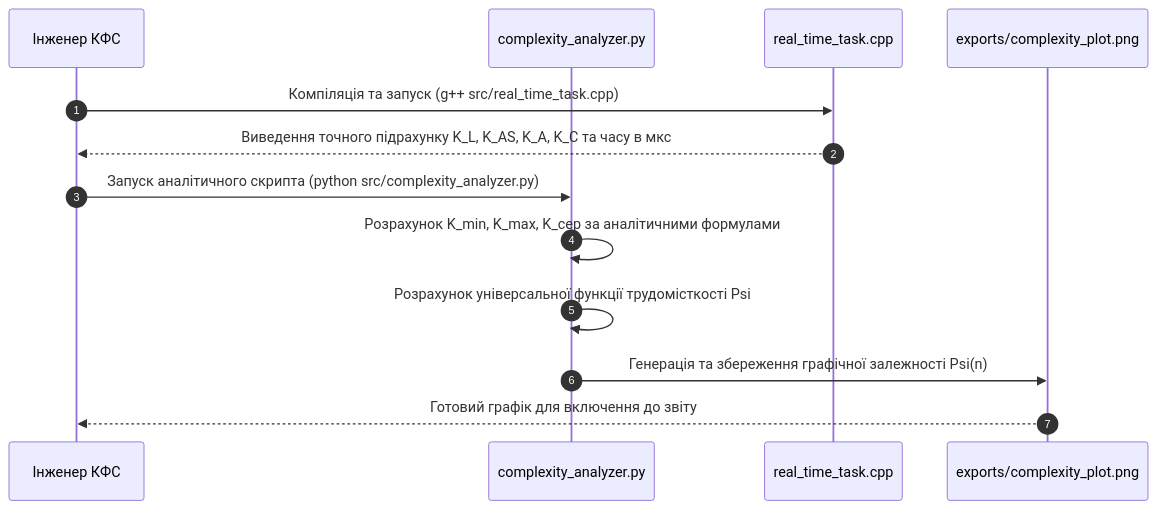
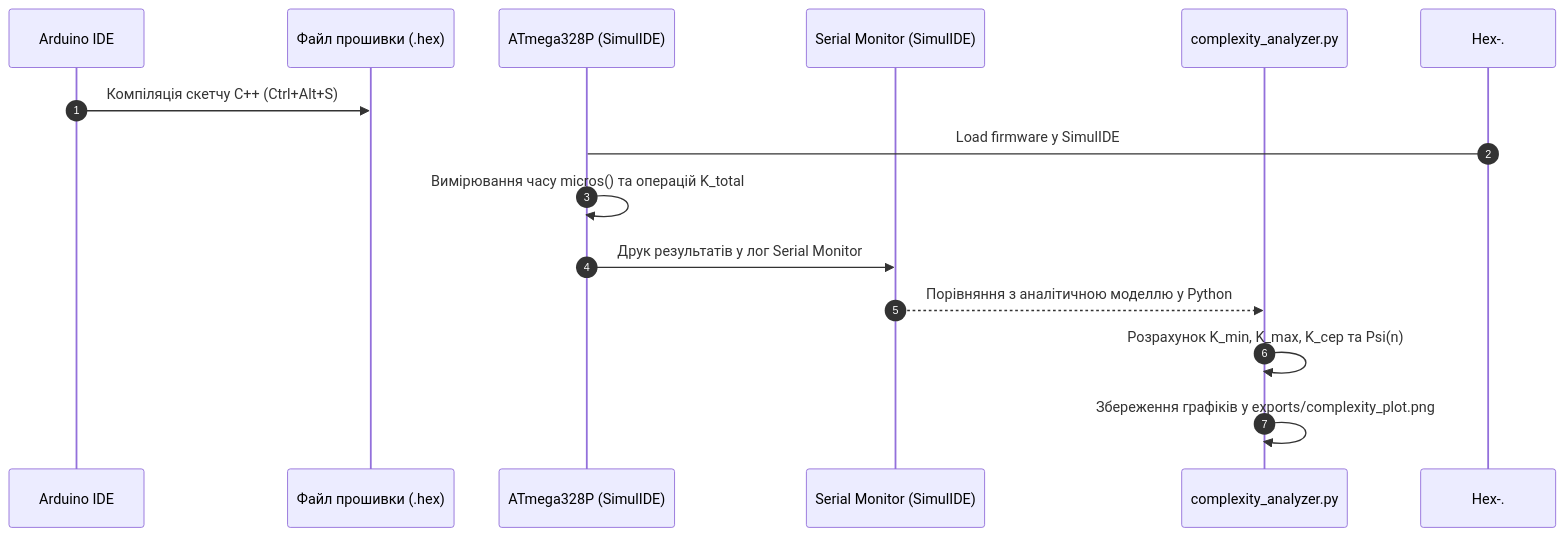
One commit to KyryloVadurin/cps-algorithms changed the second of 2 diagrams in docs/practicals/pz-2.md. Above: the diagram before and after it, drawn with Mermaid. The commit also changed other lines of this file, not shown here.

````diff
--- a/docs/practicals/pz-2.md
+++ b/docs/practicals/pz-2.md
@@ -361,16 +365,17 @@
 ```mermaid
 sequenceDiagram
     autonumber
-    participant Student as Інженер КФС
-    participant Python as complexity_analyzer.py
-    participant CPP as real_time_task.cpp
-    participant Plot as exports/complexity_plot.png
+    participant IDE as Arduino IDE
+    participant Hex as Файл прошивки (.hex)
+    participant MCU as ATmega328P (SimulIDE)
+    participant UART as Serial Monitor (SimulIDE)
+    participant Py as complexity_analyzer.py
 
-    Student->>CPP: Компіляція та запуск (g++ src/real_time_task.cpp)
-    CPP-->>Student: Виведення точного підрахунку K_L, K_AS, K_A, K_C та часу в мкс
-    Student->>Python: Запуск аналітичного скрипта (python src/complexity_analyzer.py)
-    Python->>Python: Розрахунок K_min, K_max, K_сер за аналітичними формулами
-    Python->>Python: Розрахунок універсальної функції трудомісткості Psi
-    Python->>Plot: Генерація та збереження графічної залежності Psi(n)
-    Plot-->>Student: Готовий графік для включення до звіту
+    IDE->>Hex: Компіляція скетчу C++ (Ctrl+Alt+S)
+    Hex-.->MCU: Load firmware у SimulIDE
+    MCU->>MCU: Вимірювання часу micros() та операцій K_total
+    MCU->>UART: Друк результатів у лог Serial Monitor
+    UART-->>Py: Порівняння з аналітичною моделлю у Python
+    Py->>Py: Розрахунок K_min, K_max, K_сер та Psi(n)
+    Py->>Py: Збереження графіків у exports/complexity_plot.png
 ```
````
